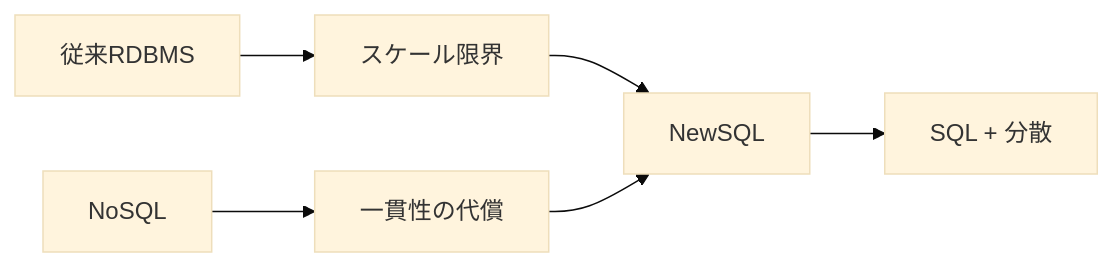
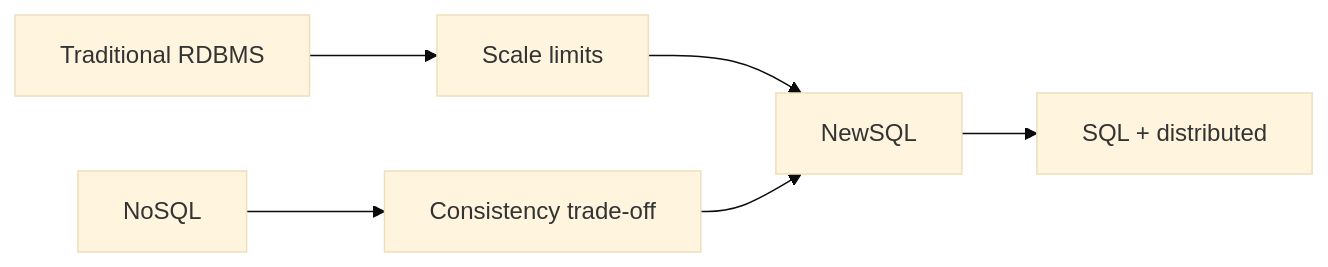
Before and after one commit to daylight55/research: the first of 3 diagrams in content/blog/en/newsql-yugabyte-brief.mdx, drawn with Mermaid (base theme). The commit also changed other lines of this file and 26 other files, not shown here.

Commit message:
Translate English Mermaid labels

````diff
--- a/content/blog/en/newsql-yugabyte-brief.mdx
+++ b/content/blog/en/newsql-yugabyte-brief.mdx
@@ -36,8 +36,8 @@
 ```mermaid
 flowchart LR
-  RDB["従来RDBMS"] --> Gap["スケール限界"]
-  NoSQL["NoSQL"] --> Trade["一貫性の代償"]
+  RDB["Traditional RDBMS"] --> Gap["Scale limits"]
+  NoSQL["NoSQL"] --> Trade["Consistency trade-off"]
   Gap --> NewSQL["NewSQL"]
   Trade --> NewSQL
-  NewSQL --> Goal["SQL + 分散"]
+  NewSQL --> Goal["SQL + distributed"]
 ```
````
